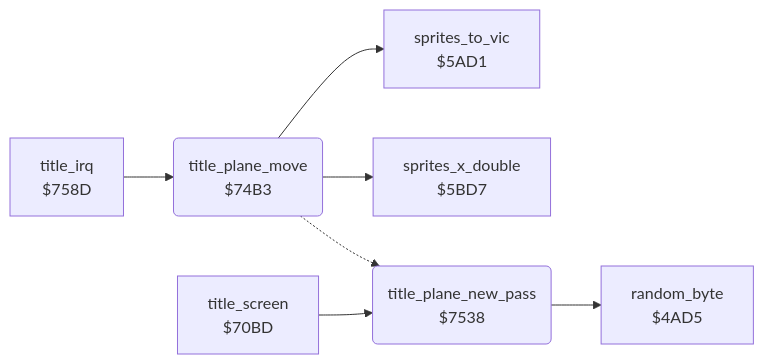
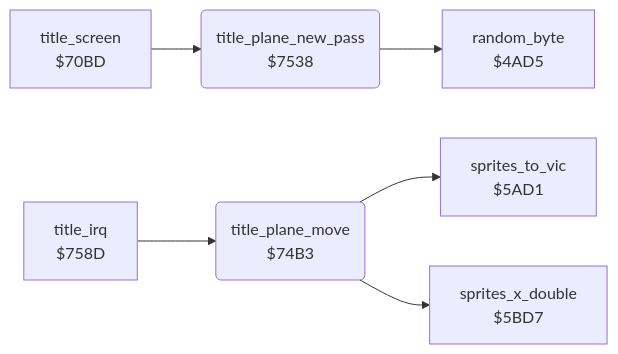
The diagram in blue_max/docs/reference/modules/screen/title_plane.md (henols/c64_games), drawn with Mermaid before and after one commit. The commit also changed other lines of this file and 1100 other files, not shown here.

````diff
--- a/blue_max/docs/reference/modules/screen/title_plane.md
+++ b/blue_max/docs/reference/modules/screen/title_plane.md
@@ -10,16 +23,15 @@
 ```mermaid
 flowchart LR
   n4ad5["random_byte<br/>$4AD5"]
   n5ad1["sprites_to_vic<br/>$5AD1"]
   n5bd7["sprites_x_double<br/>$5BD7"]
   n70bd["title_screen<br/>$70BD"]
   n74b3("title_plane_move<br/>$74B3")
   n7538("title_plane_new_pass<br/>$7538")
   n758d["title_irq<br/>$758D"]
   n70bd --> n7538
   n74b3 --> n5ad1
   n74b3 --> n5bd7
-  n74b3 -.-> n7538
   n7538 --> n4ad5
   n758d --> n74b3
 ```
````
